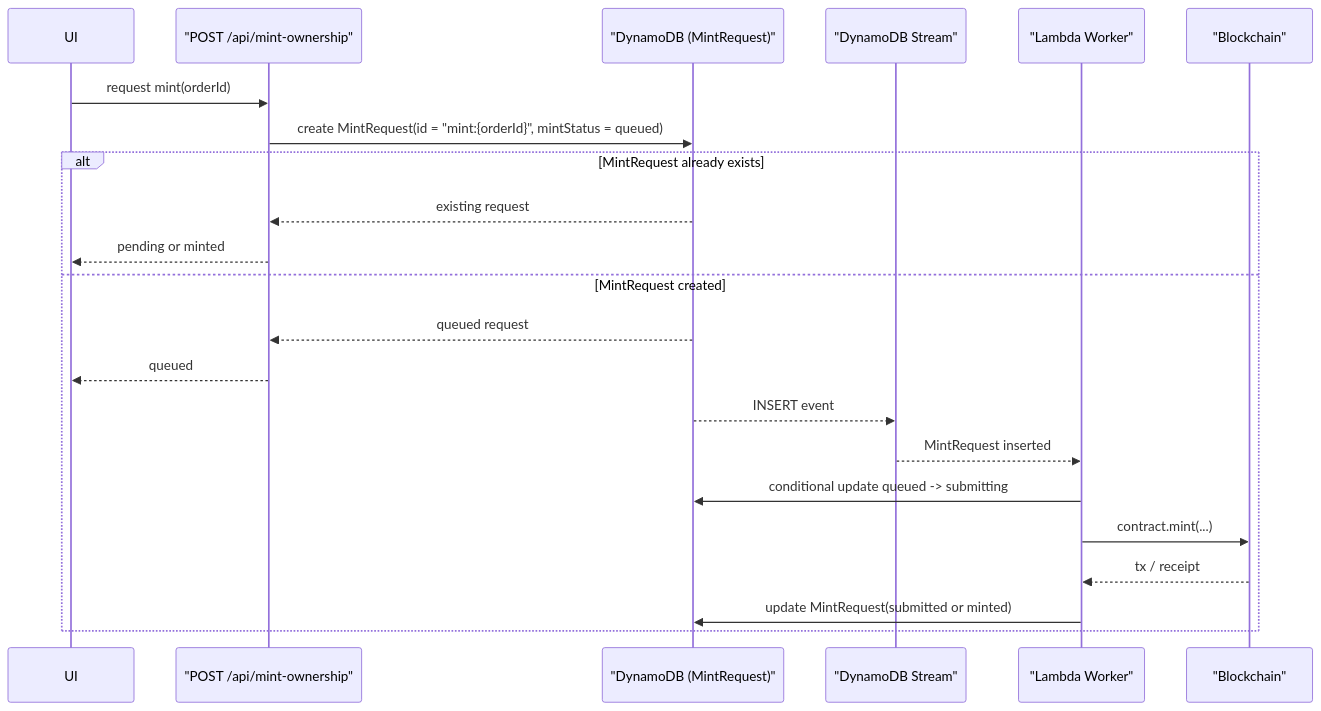
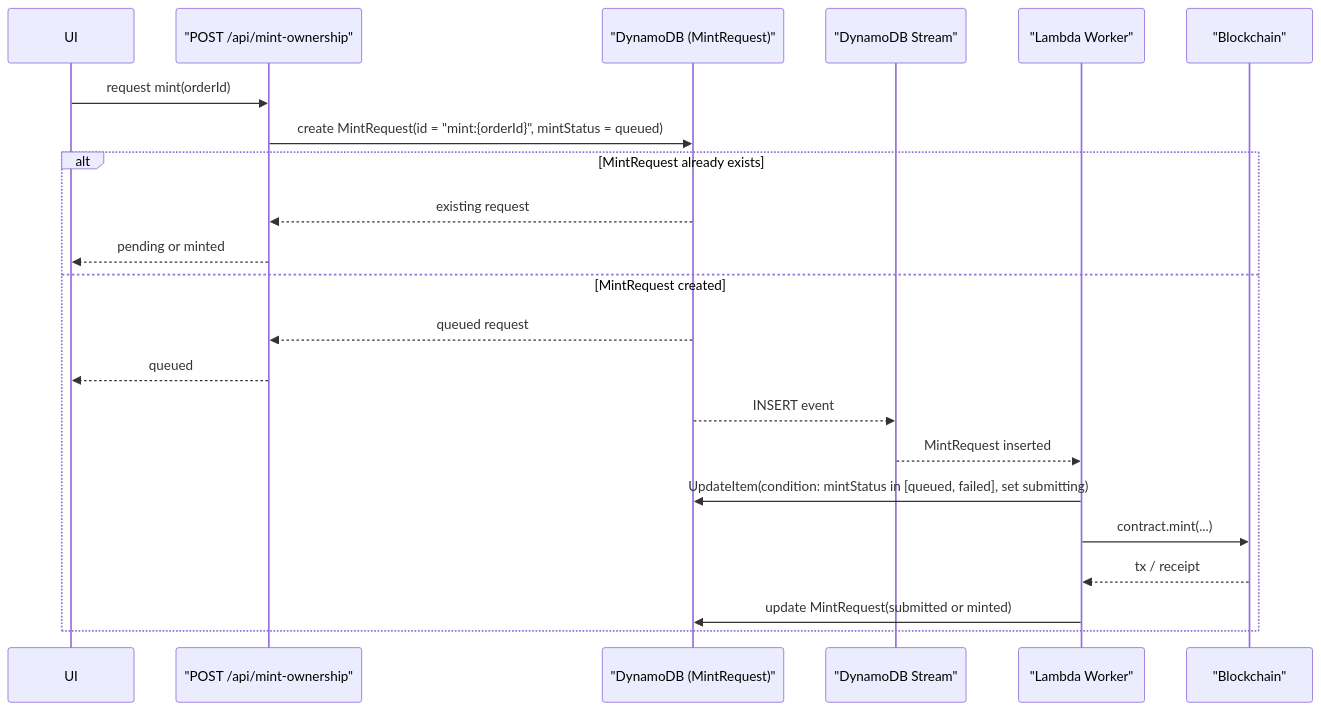
The first of 2 diagrams in specs/14 - dynamodb streams idempotens flow.md (j4nos/cz), drawn with Mermaid before and after one commit. The commit also changed other lines of this file and 96 other files, not shown here.

````diff
--- a/specs/14 - dynamodb streams idempotens flow.md
+++ b/specs/14 - dynamodb streams idempotens flow.md
@@ -300,25 +300,25 @@
 ```mermaid
 sequenceDiagram
   participant UI
   participant MintOwnershipAPI as "POST /api/mint-ownership"
   participant DynamoDB as "DynamoDB (MintRequest)"
   participant Stream as "DynamoDB Stream"
   participant Worker as "Lambda Worker"
   participant Chain as "Blockchain"
 
   UI->>MintOwnershipAPI: request mint(orderId)
   MintOwnershipAPI->>DynamoDB: create MintRequest(id = "mint:{orderId}", mintStatus = queued)
   alt MintRequest already exists
     DynamoDB-->>MintOwnershipAPI: existing request
     MintOwnershipAPI-->>UI: pending or minted
   else MintRequest created
     DynamoDB-->>MintOwnershipAPI: queued request
     MintOwnershipAPI-->>UI: queued
     DynamoDB-->>Stream: INSERT event
     Stream-->>Worker: MintRequest inserted
-    Worker->>DynamoDB: conditional update queued -> submitting
+    Worker->>DynamoDB: UpdateItem(condition: mintStatus in [queued, failed], set submitting)
     Worker->>Chain: contract.mint(...)
     Chain-->>Worker: tx / receipt
     Worker->>DynamoDB: update MintRequest(submitted or minted)
   end
 ```
````
